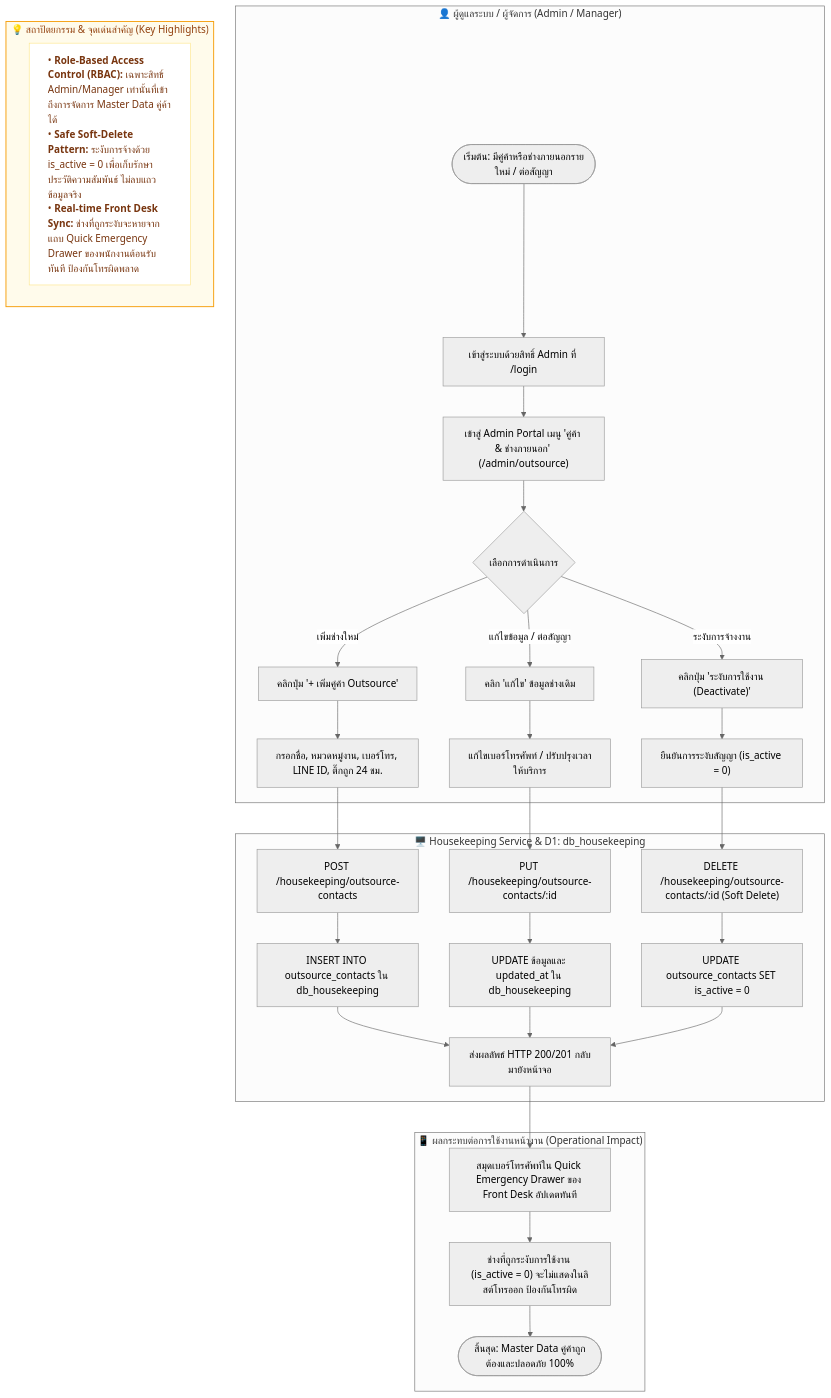
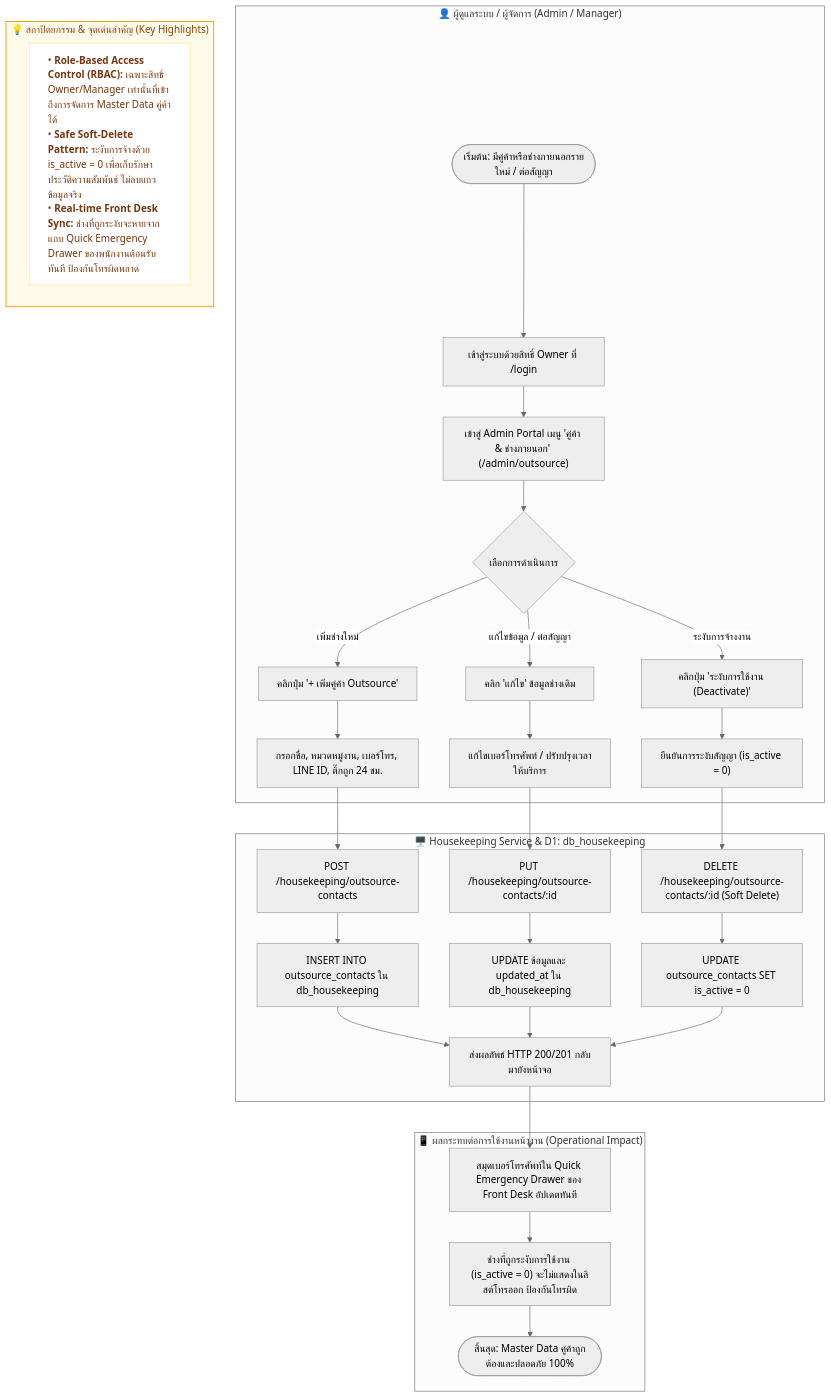
One commit to csi204/keystay changed the fifth of 22 diagrams in docs/Hotel_Management_System_updated.md. Above: the diagram before and after it, drawn with Mermaid (neutral theme). The commit also changed other lines of this file and 28 other files, not shown here.

Commit message:
feat(khet): owner role (replaces admin+manager), minibar catalog UI, housekeeping task templates UI, docs updated

````diff
--- a/docs/Hotel_Management_System_updated.md
+++ b/docs/Hotel_Management_System_updated.md
@@ -469,36 +469,36 @@
 ```mermaid
 flowchart TD
     subgraph ADMIN [" 👤 ผู้ดูแลระบบ / ผู้จัดการ (Admin / Manager) "]
-        A4(["เริ่มต้น: มีคู่ค้าหรือช่างภายนอกรายใหม่ / ต่อสัญญา"]) --> B4["เข้าสู่ระบบด้วยสิทธิ์ Admin ที่ /login"]
+        A4(["เริ่มต้น: มีคู่ค้าหรือช่างภายนอกรายใหม่ / ต่อสัญญา"]) --> B4["เข้าสู่ระบบด้วยสิทธิ์ Owner ที่ /login"]
         B4 --> C4["เข้าสู่ Admin Portal เมนู 'คู่ค้า & ช่างภายนอก' (/admin/outsource)"]
         C4 --> D4{"เลือกการดำเนินการ"}
         D4 -->|เพิ่มช่างใหม่| E4["คลิกปุ่ม '+ เพิ่มคู่ค้า Outsource'"]
         D4 -->|แก้ไขข้อมูล / ต่อสัญญา| F4["คลิก 'แก้ไข' ข้อมูลช่างเดิม"]
         D4 -->|ระงับการจ้างงาน| G4["คลิกปุ่ม 'ระงับการใช้งาน (Deactivate)'"]
         E4 --> H4["กรอกชื่อ, หมวดหมู่งาน, เบอร์โทร, LINE ID, ติ๊กถูก 24 ชม."]
         F4 --> I4["แก้ไขเบอร์โทรศัพท์ / ปรับปรุงเวลาให้บริการ"]
         G4 --> J4["ยืนยันการระงับสัญญา (is_active = 0)"]
     end
 
     subgraph BACKEND [" 🖥️ Housekeeping Service & D1: db_housekeeping "]
         H4 --> K4["POST /housekeeping/outsource-contacts"]
         I4 --> L4["PUT /housekeeping/outsource-contacts/:id"]
         J4 --> M4["DELETE /housekeeping/outsource-contacts/:id (Soft Delete)"]
         K4 --> N4["INSERT INTO outsource_contacts ใน db_housekeeping"]
         L4 --> O4["UPDATE ข้อมูลและ updated_at ใน db_housekeeping"]
         M4 --> P4["UPDATE outsource_contacts SET is_active = 0"]
         N4 & O4 & P4 --> Q4["ส่งผลลัพธ์ HTTP 200/201 กลับมายังหน้าจอ"]
     end
 
     subgraph FRONT_DESK_EFFECT [" 📱 ผลกระทบต่อการใช้งานหน้างาน (Operational Impact) "]
         Q4 --> R4["สมุดเบอร์โทรศัพท์ใน Quick Emergency Drawer ของ Front Desk อัปเดตทันที"]
         R4 --> S4["ช่างที่ถูกระงับการใช้งาน (is_active = 0) จะไม่แสดงในลิสต์โทรออก ป้องกันโทรผิด"]
         S4 --> T4(["สิ้นสุด: Master Data คู่ค้าถูกต้องและปลอดภัย 100%"])
     end
 
     subgraph HIGHLIGHTS4 [" 💡 สถาปัตยกรรม & จุดเด่นสำคัญ (Key Highlights) "]
-        H4_BOX["• <b>Role-Based Access Control (RBAC):</b> เฉพาะสิทธิ์ Admin/Manager เท่านั้นที่เข้าถึงการจัดการ Master Data คู่ค้าได้<br/>• <b>Safe Soft-Delete Pattern:</b> ระงับการจ้างด้วย is_active = 0 เพื่อเก็บรักษาประวัติความสัมพันธ์ ไม่ลบแถวข้อมูลจริง<br/>• <b>Real-time Front Desk Sync:</b> ช่างที่ถูกระงับจะหายจากแถบ Quick Emergency Drawer ของพนักงานต้อนรับทันที ป้องกันโทรผิดพลาด"]
+        H4_BOX["• <b>Role-Based Access Control (RBAC):</b> เฉพาะสิทธิ์ Owner/Manager เท่านั้นที่เข้าถึงการจัดการ Master Data คู่ค้าได้<br/>• <b>Safe Soft-Delete Pattern:</b> ระงับการจ้างด้วย is_active = 0 เพื่อเก็บรักษาประวัติความสัมพันธ์ ไม่ลบแถวข้อมูลจริง<br/>• <b>Real-time Front Desk Sync:</b> ช่างที่ถูกระงับจะหายจากแถบ Quick Emergency Drawer ของพนักงานต้อนรับทันที ป้องกันโทรผิดพลาด"]
     end
     style HIGHLIGHTS4 fill:#fffbeb,stroke:#f59e0b,stroke-width:1.5px,color:#92400e
     style H4_BOX fill:#ffffff,stroke:#fde68a,color:#78350f,text-align:left
 ```
````
